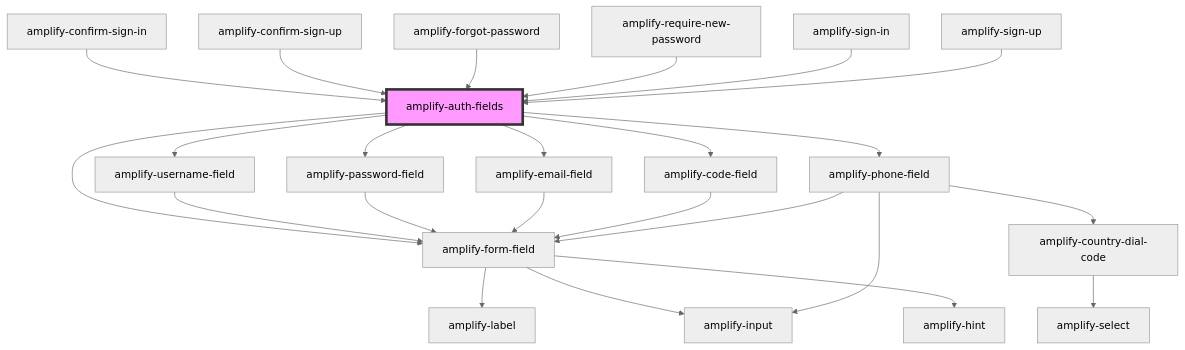
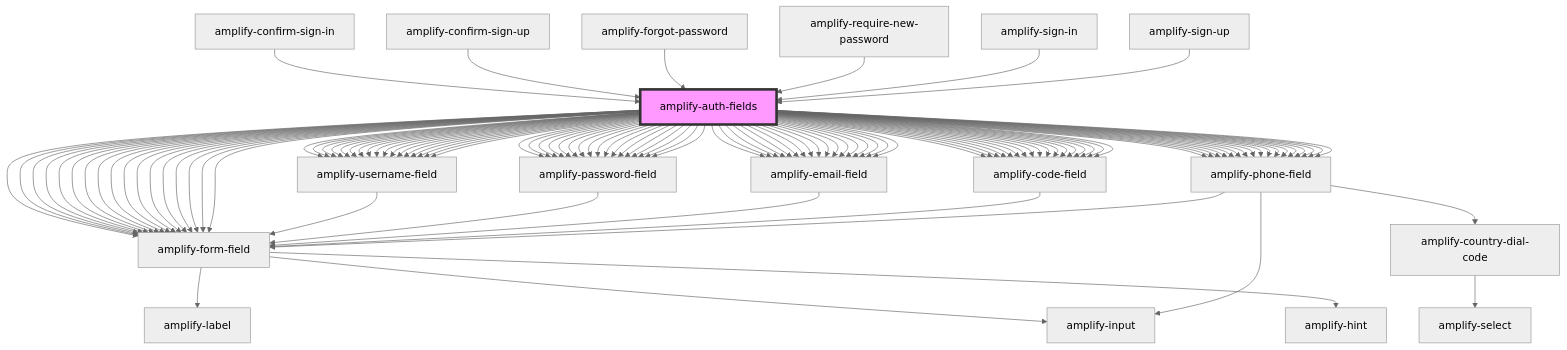
Before and after one commit to aws-amplify/amplify-js: the diagram in packages/amplify-ui-components/src/components/amplify-auth-fields/readme.md, drawn with Mermaid (neutral theme). The commit also changed other lines of this file and 47 other files, not shown here.

````diff
--- a/packages/amplify-ui-components/src/components/amplify-auth-fields/readme.md
+++ b/packages/amplify-ui-components/src/components/amplify-auth-fields/readme.md
@@ -34,5 +130,101 @@
 ```mermaid
 graph TD;
+  amplify-auth-fields --> amplify-username-field
+  amplify-auth-fields --> amplify-password-field
+  amplify-auth-fields --> amplify-email-field
+  amplify-auth-fields --> amplify-code-field
+  amplify-auth-fields --> amplify-phone-field
+  amplify-auth-fields --> amplify-form-field
+  amplify-auth-fields --> amplify-username-field
+  amplify-auth-fields --> amplify-password-field
+  amplify-auth-fields --> amplify-email-field
+  amplify-auth-fields --> amplify-code-field
+  amplify-auth-fields --> amplify-phone-field
+  amplify-auth-fields --> amplify-form-field
+  amplify-auth-fields --> amplify-username-field
+  amplify-auth-fields --> amplify-password-field
+  amplify-auth-fields --> amplify-email-field
+  amplify-auth-fields --> amplify-code-field
+  amplify-auth-fields --> amplify-phone-field
+  amplify-auth-fields --> amplify-form-field
+  amplify-auth-fields --> amplify-username-field
+  amplify-auth-fields --> amplify-password-field
+  amplify-auth-fields --> amplify-email-field
+  amplify-auth-fields --> amplify-code-field
+  amplify-auth-fields --> amplify-phone-field
+  amplify-auth-fields --> amplify-form-field
+  amplify-auth-fields --> amplify-username-field
+  amplify-auth-fields --> amplify-password-field
+  amplify-auth-fields --> amplify-email-field
+  amplify-auth-fields --> amplify-code-field
+  amplify-auth-fields --> amplify-phone-field
+  amplify-auth-fields --> amplify-form-field
+  amplify-auth-fields --> amplify-username-field
+  amplify-auth-fields --> amplify-password-field
+  amplify-auth-fields --> amplify-email-field
+  amplify-auth-fields --> amplify-code-field
+  amplify-auth-fields --> amplify-phone-field
+  amplify-auth-fields --> amplify-form-field
+  amplify-auth-fields --> amplify-username-field
+  amplify-auth-fields --> amplify-password-field
+  amplify-auth-fields --> amplify-email-field
+  amplify-auth-fields --> amplify-code-field
+  amplify-auth-fields --> amplify-phone-field
+  amplify-auth-fields --> amplify-form-field
+  amplify-auth-fields --> amplify-username-field
+  amplify-auth-fields --> amplify-password-field
+  amplify-auth-fields --> amplify-email-field
+  amplify-auth-fields --> amplify-code-field
+  amplify-auth-fields --> amplify-phone-field
+  amplify-auth-fields --> amplify-form-field
+  amplify-auth-fields --> amplify-username-field
+  amplify-auth-fields --> amplify-password-field
+  amplify-auth-fields --> amplify-email-field
+  amplify-auth-fields --> amplify-code-field
+  amplify-auth-fields --> amplify-phone-field
+  amplify-auth-fields --> amplify-form-field
+  amplify-auth-fields --> amplify-username-field
+  amplify-auth-fields --> amplify-password-field
+  amplify-auth-fields --> amplify-email-field
+  amplify-auth-fields --> amplify-code-field
+  amplify-auth-fields --> amplify-phone-field
+  amplify-auth-fields --> amplify-form-field
+  amplify-auth-fields --> amplify-username-field
+  amplify-auth-fields --> amplify-password-field
+  amplify-auth-fields --> amplify-email-field
+  amplify-auth-fields --> amplify-code-field
+  amplify-auth-fields --> amplify-phone-field
+  amplify-auth-fields --> amplify-form-field
+  amplify-auth-fields --> amplify-username-field
+  amplify-auth-fields --> amplify-password-field
+  amplify-auth-fields --> amplify-email-field
+  amplify-auth-fields --> amplify-code-field
+  amplify-auth-fields --> amplify-phone-field
+  amplify-auth-fields --> amplify-form-field
+  amplify-auth-fields --> amplify-username-field
+  amplify-auth-fields --> amplify-password-field
+  amplify-auth-fields --> amplify-email-field
+  amplify-auth-fields --> amplify-code-field
+  amplify-auth-fields --> amplify-phone-field
+  amplify-auth-fields --> amplify-form-field
+  amplify-auth-fields --> amplify-username-field
+  amplify-auth-fields --> amplify-password-field
+  amplify-auth-fields --> amplify-email-field
+  amplify-auth-fields --> amplify-code-field
+  amplify-auth-fields --> amplify-phone-field
+  amplify-auth-fields --> amplify-form-field
+  amplify-auth-fields --> amplify-username-field
+  amplify-auth-fields --> amplify-password-field
+  amplify-auth-fields --> amplify-email-field
+  amplify-auth-fields --> amplify-code-field
+  amplify-auth-fields --> amplify-phone-field
+  amplify-auth-fields --> amplify-form-field
+  amplify-auth-fields --> amplify-username-field
+  amplify-auth-fields --> amplify-password-field
+  amplify-auth-fields --> amplify-email-field
+  amplify-auth-fields --> amplify-code-field
+  amplify-auth-fields --> amplify-phone-field
+  amplify-auth-fields --> amplify-form-field
   amplify-auth-fields --> amplify-username-field
   amplify-auth-fields --> amplify-password-field
   amplify-auth-fields --> amplify-email-field
````
